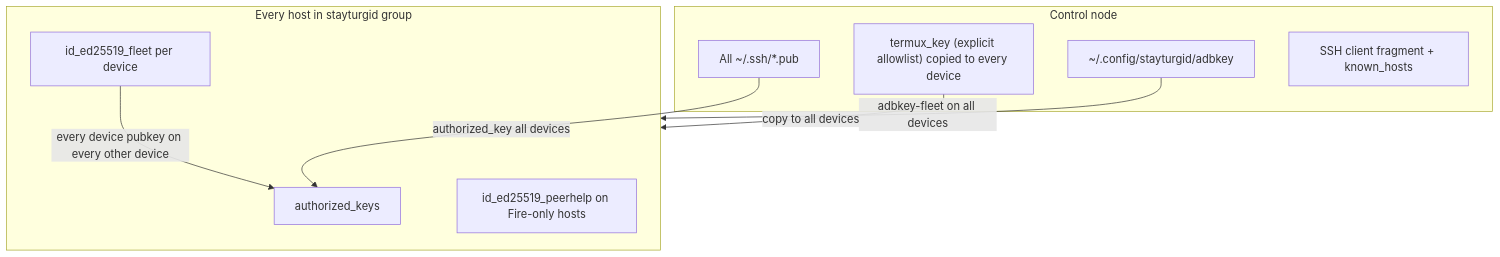
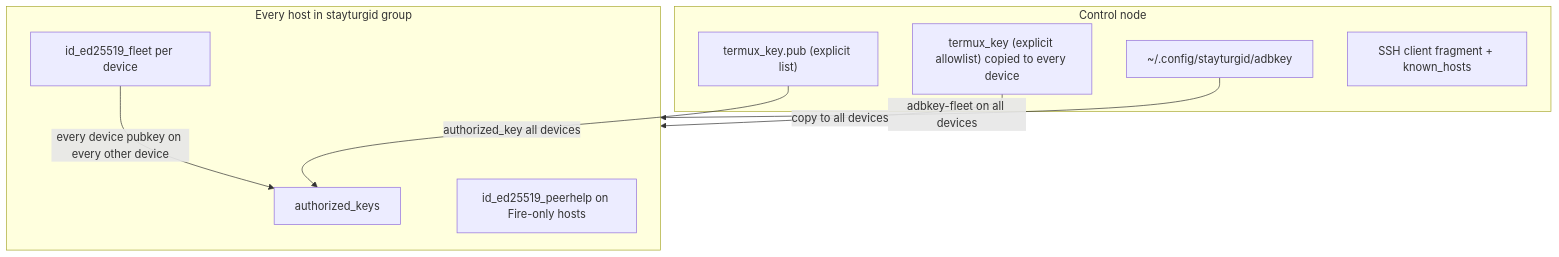
Before and after one commit to djbclark/stayturgid: the diagram in docs/architecture/multi-site-topology.md, drawn with Mermaid. The commit also changed other lines of this file and 15 other files, not shown here.

````diff
--- a/docs/architecture/multi-site-topology.md
+++ b/docs/architecture/multi-site-topology.md
@@ -445,18 +445,18 @@
 ```mermaid
 flowchart TB
   subgraph control [Control node]
-    CN_PUB["All ~/.ssh/*.pub"]
+    CN_PUB["termux_key.pub (explicit list)"]
     CN_PRIV["termux_key (explicit allowlist) copied to every device"]
     ADBKEY["~/.config/stayturgid/adbkey"]
     CN_SSH["SSH client fragment + known_hosts"]
   end
   subgraph devices [Every host in stayturgid group]
     AUTH["authorized_keys"]
     FLEET_ID["id_ed25519_fleet per device"]
     PEER_ID["id_ed25519_peerhelp on Fire-only hosts"]
   end
   CN_PUB -->|authorized_key all devices| AUTH
   CN_PRIV -->|copy to all devices| devices
   FLEET_ID -->|every device pubkey on every other device| AUTH
   ADBKEY -->|adbkey-fleet on all devices| devices
 ```
````
